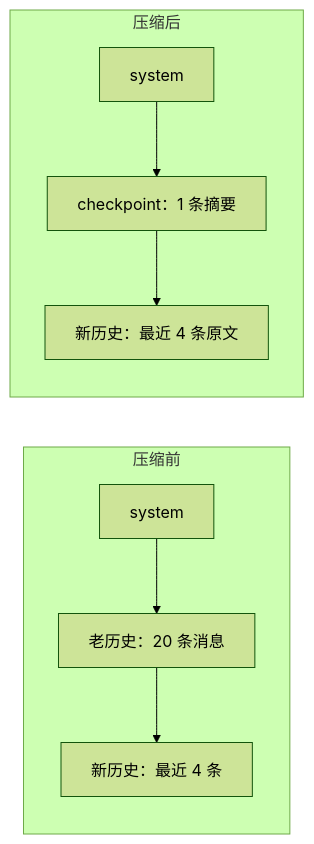
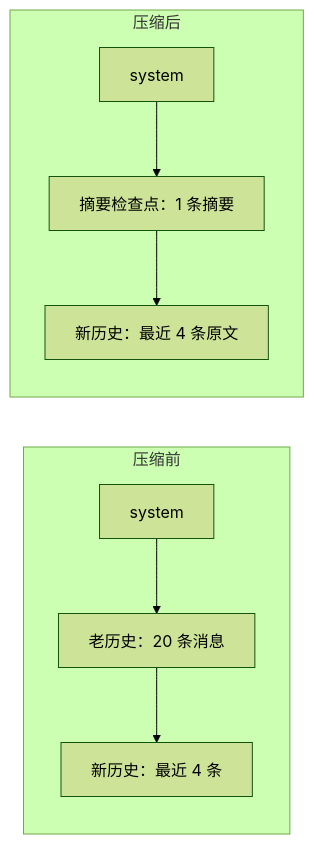
The diagram in chapters/09-context-engineering/README.md (warmsum/mini-harness), drawn with Mermaid (forest theme) before and after one commit. The commit also changed other lines of this file and 17 other files, not shown here.

````diff
--- a/chapters/09-context-engineering/README.md
+++ b/chapters/09-context-engineering/README.md
@@ -116,11 +118,11 @@
 ```mermaid
 flowchart LR
     subgraph 压缩前
         A1[system] --> A2[老历史：20 条消息]
         A2 --> A3[新历史：最近 4 条]
     end
     subgraph 压缩后
-        B1[system] --> B2[checkpoint：1 条摘要]
+        B1[system] --> B2[摘要检查点：1 条摘要]
         B2 --> B3[新历史：最近 4 条原文]
     end
 ```
````
